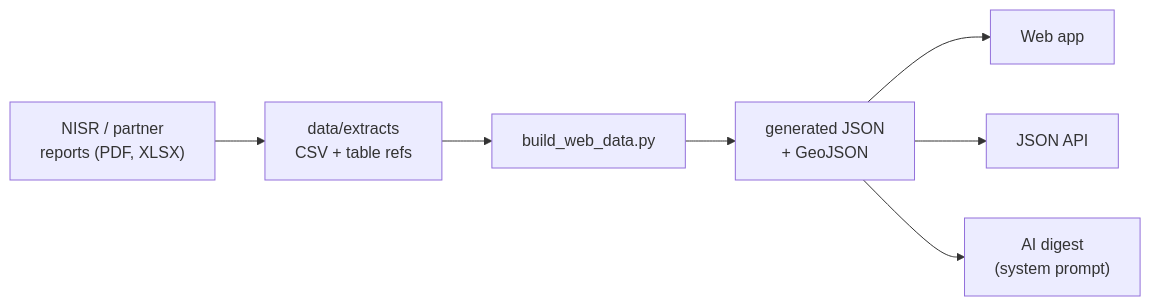
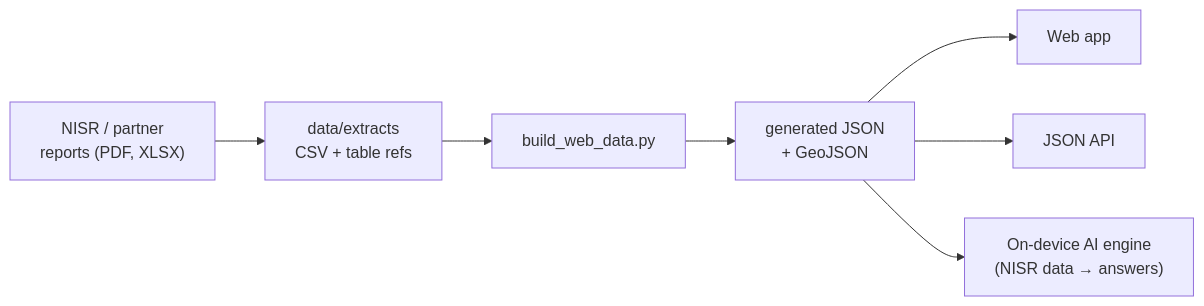
Before and after one commit to dieumerci-niyonkuru/imbonix-nisr-hackathon-2026: the third of 3 diagrams in docs/submission/solution-overview.md, drawn with Mermaid. The commit also changed other lines of this file and 33 other files, not shown here.

First line of the commit message:
feat: homepage charts with download, simplified titles, language switcher, on-device AI

````diff
--- a/docs/submission/solution-overview.md
+++ b/docs/submission/solution-overview.md
@@ -150,9 +150,9 @@
 ```mermaid
 flowchart LR
   R["NISR / partner<br/>reports (PDF, XLSX)"] --> X["data/extracts<br/>CSV + table refs"]
   X --> B["build_web_data.py"]
   B --> J["generated JSON<br/>+ GeoJSON"]
   J --> W["Web app"]
   J --> API["JSON API"]
-  J --> AId["AI digest<br/>(system prompt)"]
+  J --> AId["On-device AI engine<br/>(NISR data → answers)"]
 ```
````
